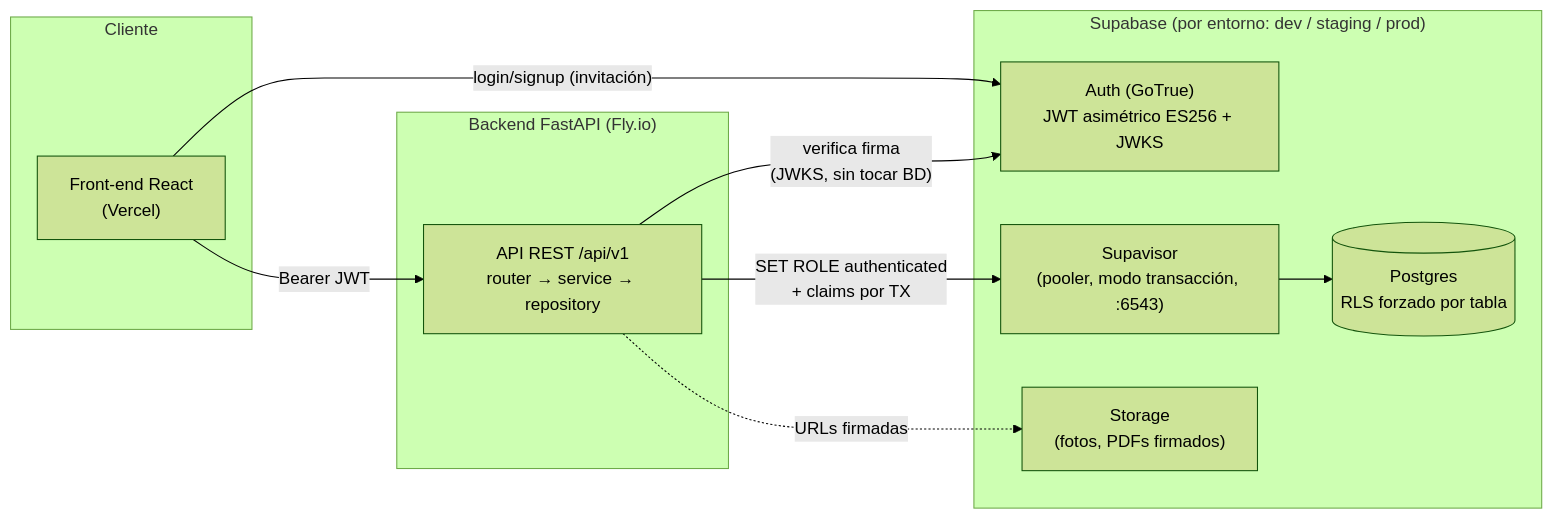
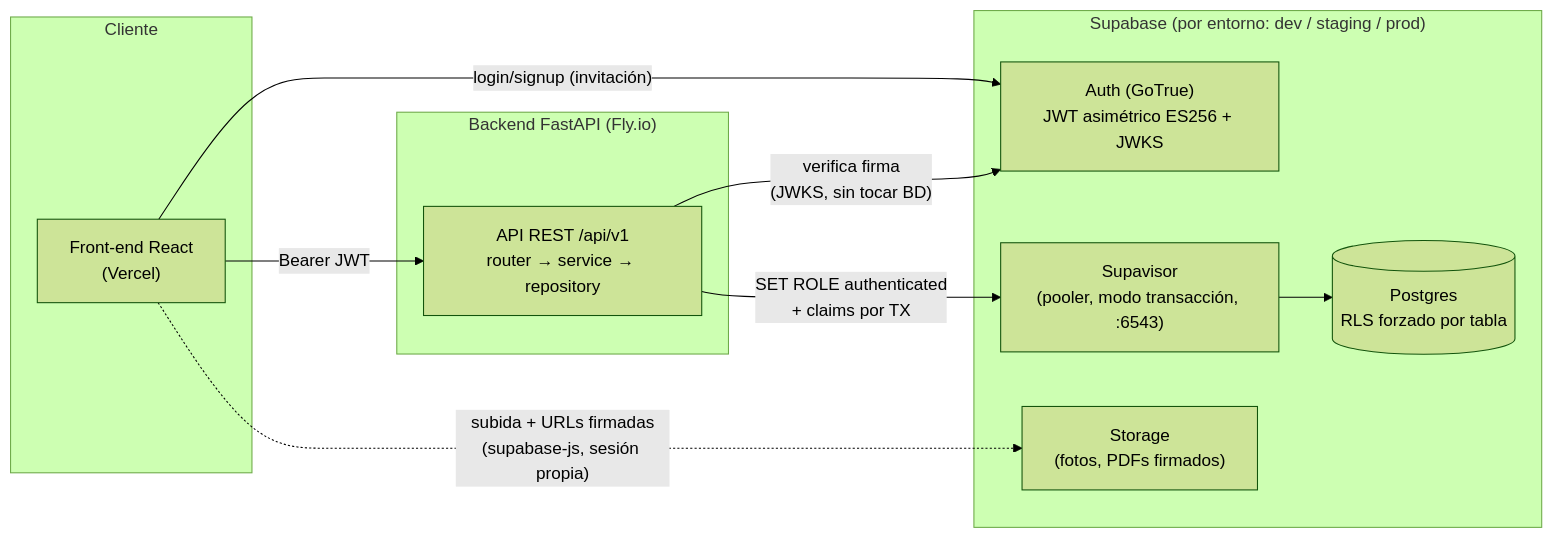
Before and after one commit to lagranlegal/LaLegalBackEnd: the first of 3 diagrams in docs/ARCHITECTURE.md, drawn with Mermaid (forest theme). The commit also changed other lines of this file and 2 other files, not shown here.

Commit message:
Crea bucket de Storage + RLS por company_id (docs/STORAGE_PENDIENTE.md)
storage.buckets estaba vacío en dev y storage.objects tenía RLS activo sin
ninguna policy (deniega todo por defecto, mismo bug de fondo que 00010/00011
en tablas de public) — bloqueaba PhotoUploader del front, específicamente
"Publicar" un artículo de inventario (exige >=1 foto).

Bucket privado único (company-files, subcarpetas por tipo de documento) +
policy en storage.objects que reusa current_company_id(), mismo helper que
el resto del esquema. Verificado en vivo contra dev: subida/URL firmada
funcionan dentro de la propia empresa, subir a la carpeta de otra empresa
lo rechaza RLS explícitamente. Corrige también el diagrama de
ARCHITECTURE.md, que dibujaba la URL firmada pasando por la API cuando en
realidad el front la pide directo con supabase-js.

````diff
--- a/docs/ARCHITECTURE.md
+++ b/docs/ARCHITECTURE.md
@@ -13,24 +13,24 @@
 ```mermaid
 flowchart LR
     subgraph Cliente
         FE["Front-end React\n(Vercel)"]
     end
 
     subgraph Backend["Backend FastAPI (Fly.io)"]
         API["API REST /api/v1\nrouter → service → repository"]
     end
 
     subgraph Supabase["Supabase (por entorno: dev / staging / prod)"]
         Auth["Auth (GoTrue)\nJWT asimétrico ES256 + JWKS"]
         Pool["Supavisor\n(pooler, modo transacción, :6543)"]
         PG[("Postgres\nRLS forzado por tabla")]
         Storage["Storage\n(fotos, PDFs firmados)"]
     end
 
     FE -- "login/signup (invitación)" --> Auth
     FE -- "Bearer JWT" --> API
+    FE -. "subida + URLs firmadas\n(supabase-js, sesión propia)" .-> Storage
     API -- "verifica firma\n(JWKS, sin tocar BD)" --> Auth
     API -- "SET ROLE authenticated\n+ claims por TX" --> Pool
     Pool --> PG
-    API -. "URLs firmadas" .-> Storage
 ```
````
